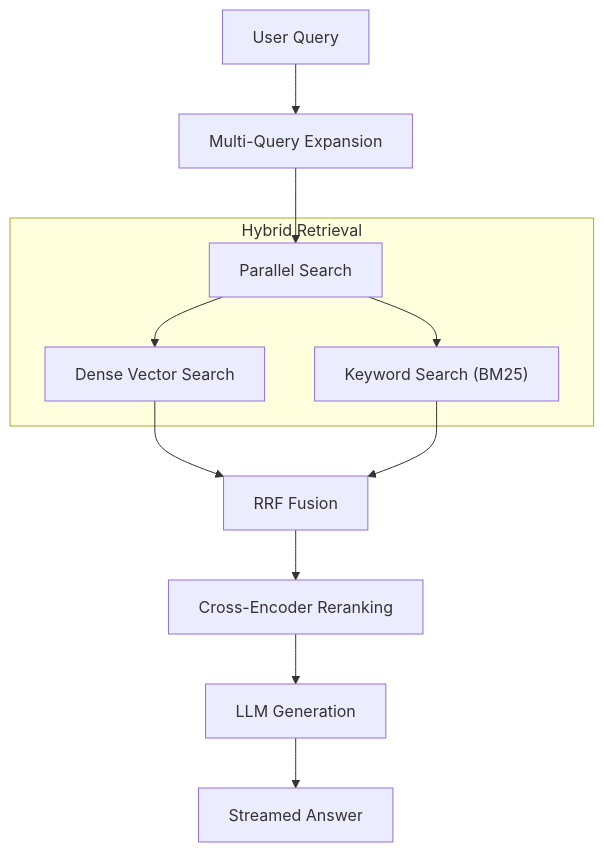
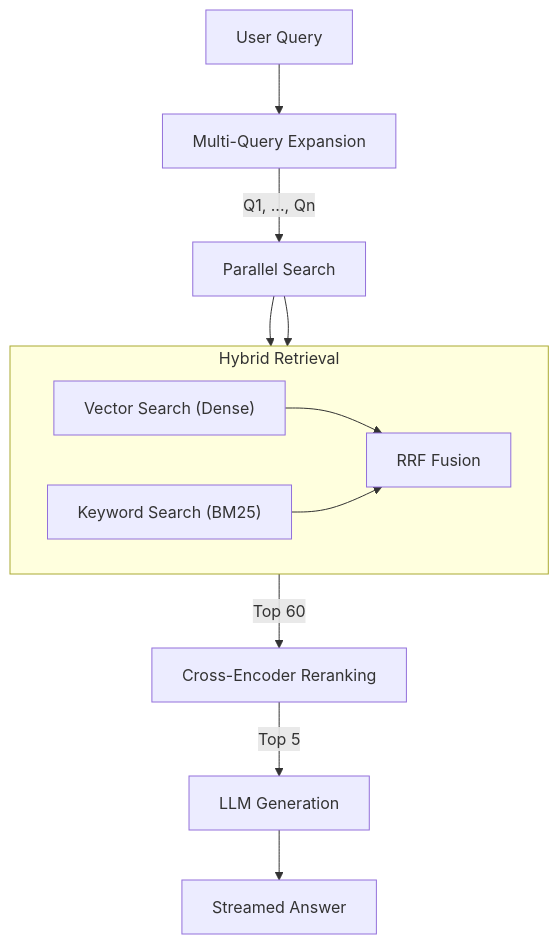
The fourth of 4 diagrams in README.md (Khadka-Bishal/DeepRecall), drawn with Mermaid before and after one commit. The commit also changed other lines of this file, not shown here.

````diff
--- a/README.md
+++ b/README.md
@@ -95,17 +87,15 @@
 ```mermaid
 graph TD
-    Q[User Query] --> ME[Multi-Query Expansion]
-    ME --> P[Parallel Search]
+    Q[User Query] --> ME[Multi-Query Expansion] -->|Q1, ..., Qn| P[Parallel Search]
     
-    subgraph Hybrid ["Hybrid Retrieval"]
-        P --> Dense["Dense Vector Search"]
-        P --> BM25["Keyword Search (BM25)"]
+    subgraph "Hybrid Retrieval"
+        direction LR
+        V["Vector Search (Dense)"]
+        K["Keyword Search (BM25)"]
+        V & K --> RRF[RRF Fusion]
     end
     
-    Dense --> RRF[RRF Fusion]
-    BM25 --> RRF
-    
-    RRF --> CE[Cross-Encoder Reranking]
-    CE --> LLM[LLM Generation]
-    LLM --> A[Streamed Answer]
+    P --> V
+    P --> K
+    RRF -->|Top 60| CE[Cross-Encoder Reranking] -->|Top 5| LLM[LLM Generation] --> A[Streamed Answer]
 ```
````
